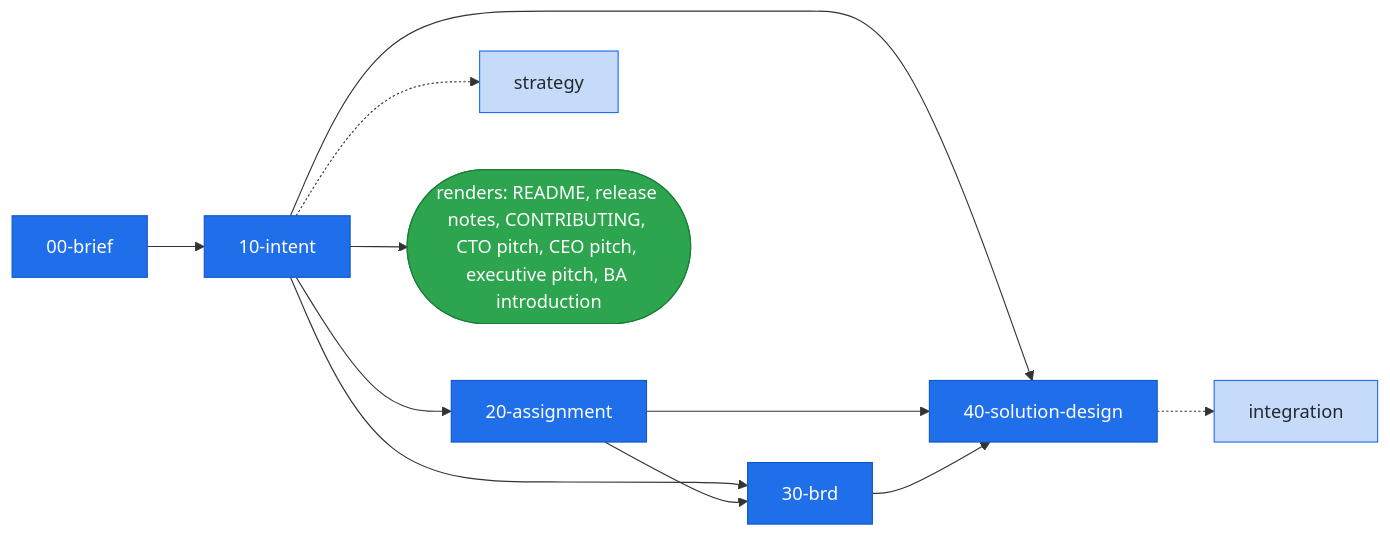
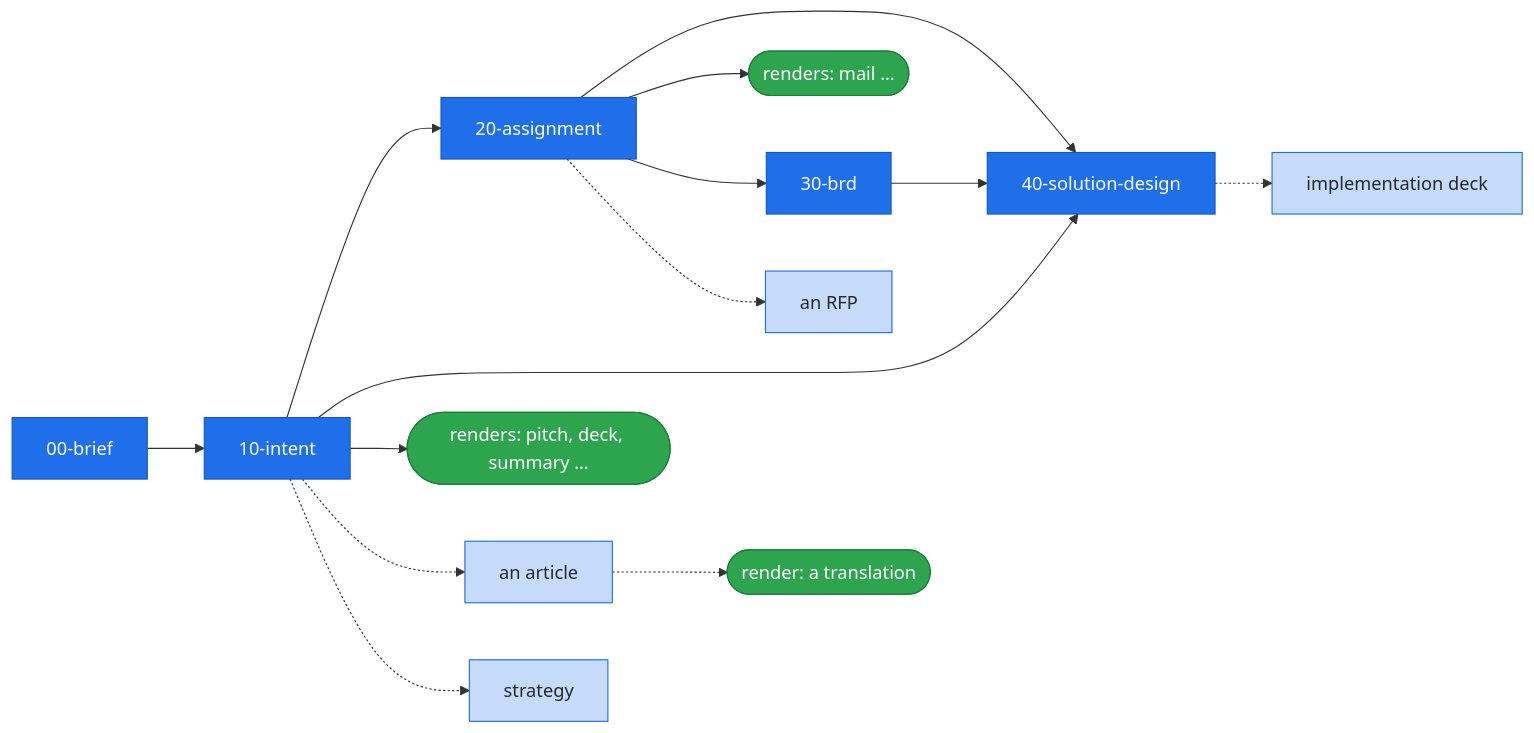
One commit to pche-broken-artist/forge-of-thought changed the diagram in README.md. Above: the diagram before and after it, drawn with Mermaid. The commit also changed other lines of this file and 2 other files, not shown here.

Commit message:
forge: recipe readme 0.71, the pinned picture of 0.69 restored with the BRD built, the derived picture of 0.70 rejected; README re-rendered

````diff
--- a/README.md
+++ b/README.md
@@ -254,26 +237,23 @@
 ```mermaid
 flowchart LR
-  brief["00-brief"]:::built
-  intent["10-intent"]:::built
-  assignment["20-assignment"]:::built
-  brd["30-brd"]:::built
-  design["40-solution-design"]:::built
-  integration["integration"]:::future
-  strategy["strategy"]:::future
-  renders(["renders: README, release notes, CONTRIBUTING, CTO pitch, CEO pitch, executive pitch, BA introduction"]):::render
-  brief --> intent
-  intent --> assignment
-  intent --> brd
-  assignment --> brd
-  intent --> design
-  assignment --> design
-  brd --> design
-  design -.-> integration
-  %% the growth path names no parent for a strategy layer; drawn
-  %% below the intent, as every layer of the growth path is
-  intent -.-> strategy
-  intent --> renders
-  classDef built fill:#1f6feb,stroke:#1158c7,color:#ffffff
-  classDef future fill:#c6dbfa,stroke:#1f6feb,color:#24292f
-  classDef render fill:#2da44e,stroke:#1a7f37,color:#ffffff
+    B["00-brief"] --> I["10-intent"]
+    I --> A["20-assignment"]
+    I --> SD["40-solution-design"]
+    A --> SD
+    I --> RI(["renders: pitch, deck, summary …"])
+    A --> RA(["renders: mail …"])
+    A --> BRD["30-brd"]
+    BRD --> SD
+    A -.-> RFP["an RFP"]
+    I -.-> ART["an article"]
+    ART -.-> RT(["render: a translation"])
+    I -.-> ST["strategy"]
+    SD -.-> IMP["implementation deck"]
+
+    classDef built fill:#1f6feb,stroke:#1158c7,color:#ffffff
+    classDef future fill:#c6dbfa,stroke:#1f6feb,color:#24292f
+    classDef render fill:#2da44e,stroke:#1a7f37,color:#ffffff
+    class B,I,A,BRD,SD built
+    class RFP,ART,ST,IMP future
+    class RI,RA,RT render
 ```
````
